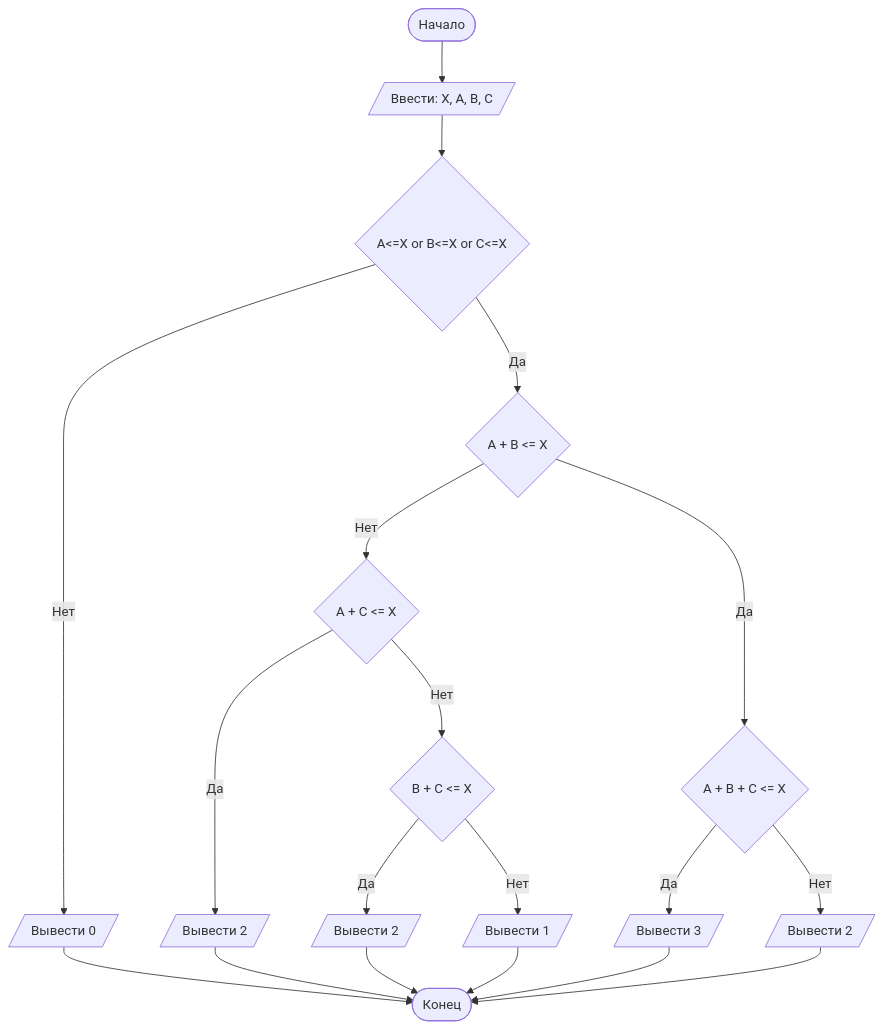
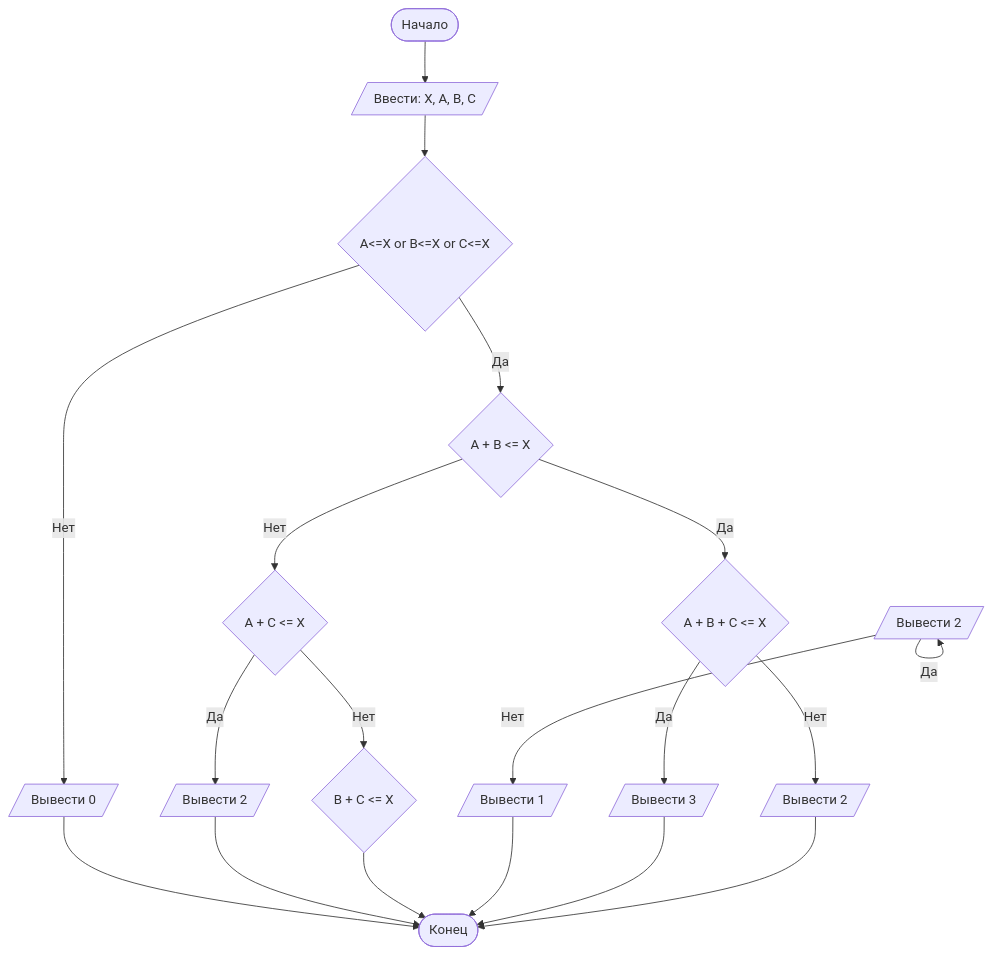
Before and after one commit to ArseniiMSorokin/Lab1: the diagram in README.md, drawn with Mermaid.

````diff
--- a/README.md
+++ b/README.md
@@ -120,22 +120,22 @@
 ```mermaid
 graph TD
     A([Начало]) --> B[/Ввести: X, A, B, C/]
     B --> C{A<=X or B<=X or C<=X}
     C -- Нет --> D[/Вывести 0/]
     C -- Да --> F{A + B <= X}
     F -- Нет --> G{A + C <= X}
     G -- Да --> H[/Вывести 2/]
-    G -- Нет --> I{B + C <= X}
-    I -- Да --> J[/Вывести 2/]
+    G -- Нет --> J{B + C <= X}
+    I -- Да --> I[/Вывести 2/]
     I -- Нет --> K[/Вывести 1/]
     F -- Да --> L{A + B + C <= X}
     L -- Да --> M[/Вывести 3/]
     L -- Нет --> N[/Вывести 2/]
     D --> Z
     H --> Z
     J --> Z
     K --> Z
     M --> Z
     N --> Z([Конец])    
 
 ```
````
